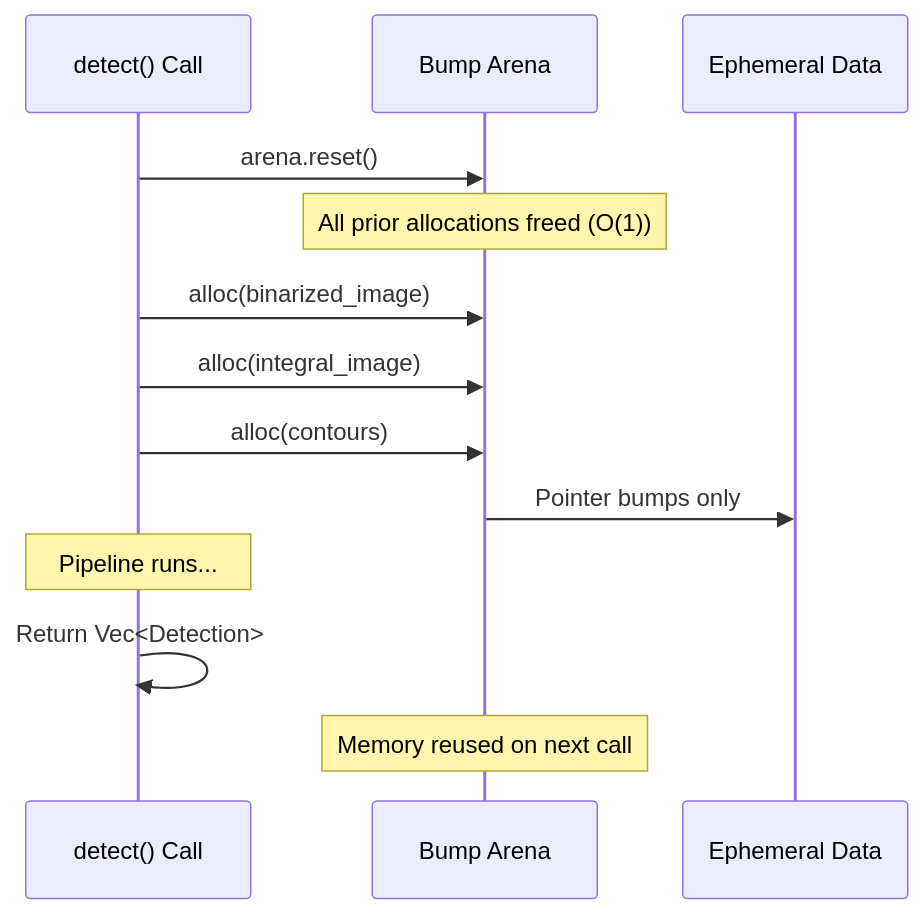
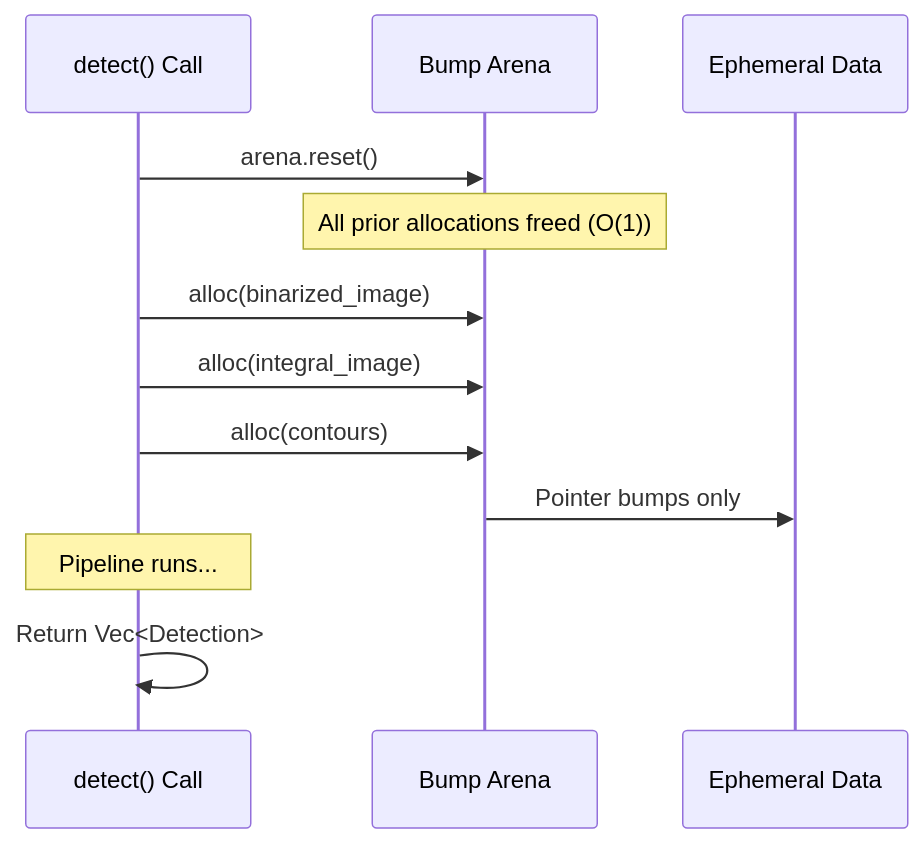
One commit to NoeFontana/locus-tag changed the fifth of 6 diagrams in docs/architecture.md. Above: the diagram before and after it, drawn with Mermaid. The commit also changed other lines of this file, not shown here.

First line of the commit message:
docs: Refine architecture documentation for clarity and readability

````diff
--- a/docs/architecture.md
+++ b/docs/architecture.md
@@ -197,18 +197,17 @@
 ```mermaid
 sequenceDiagram
     participant Frame as detect() Call
     participant Arena as Bump Arena
     participant Allocs as Ephemeral Data
 
     Frame->>Arena: arena.reset()
     Note over Arena: All prior allocations freed (O(1))
     
     Frame->>Arena: alloc(binarized_image)
     Frame->>Arena: alloc(integral_image)
     Frame->>Arena: alloc(contours)
     Arena->>Allocs: Pointer bumps only
     
     Note over Frame: Pipeline runs...
     Frame->>Frame: Return Vec<Detection>
-    Note over Arena: Memory reused on next call
 ```
````
